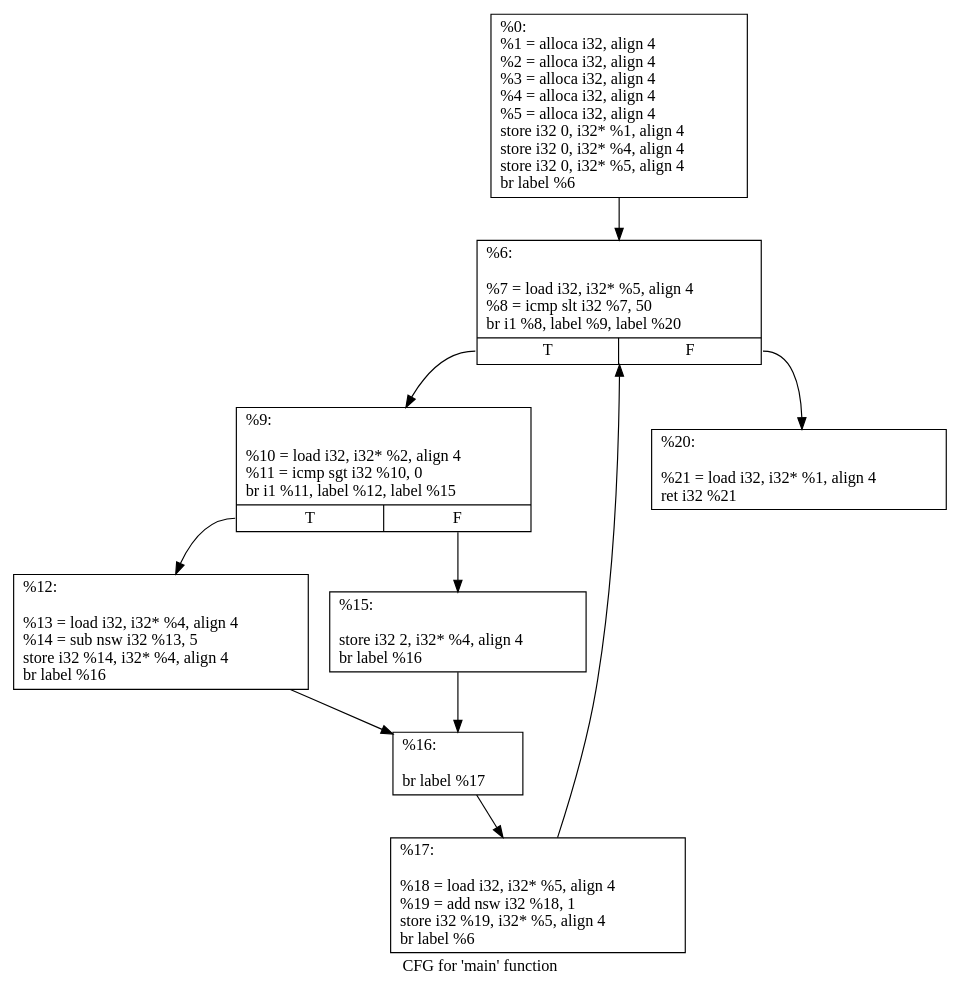
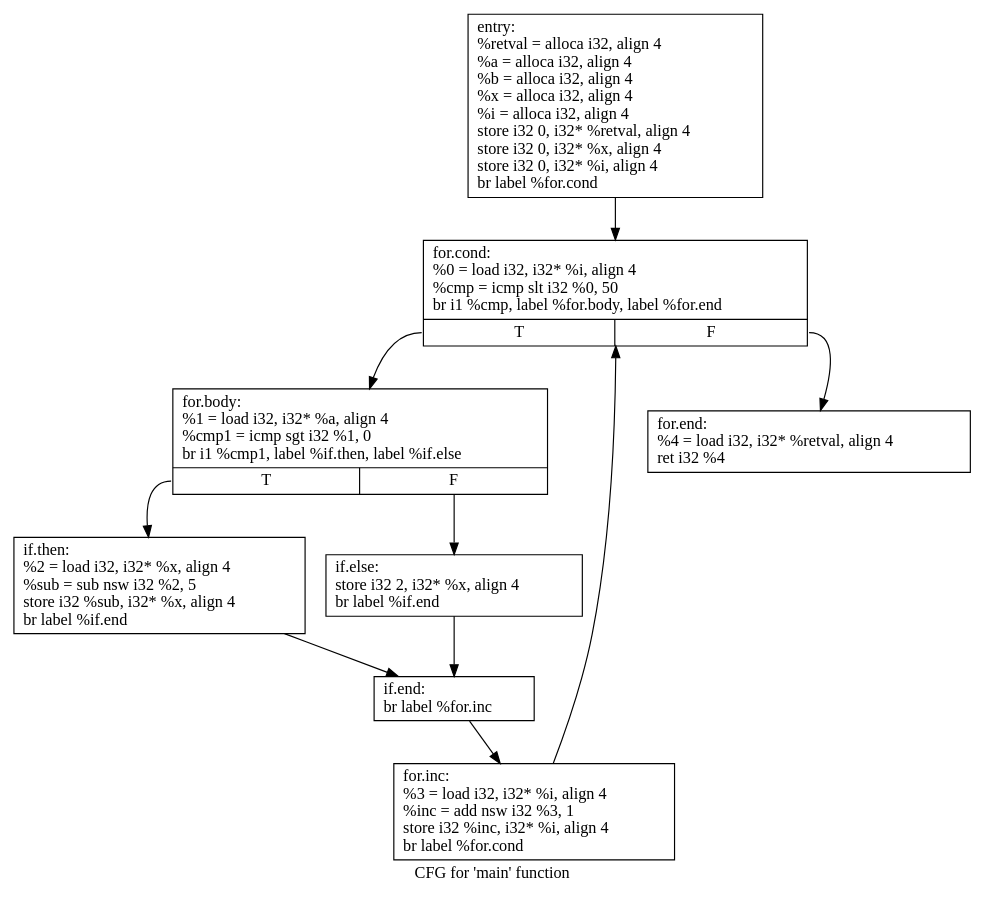
The diagram in graphs/test3.dot (hjw95/program-analysis), drawn with Graphviz before and after one commit. The commit also changed 18 other files, not shown here.

Commit message:
Add graph for assignment 2

```diff
--- a/graphs/test3.dot
+++ b/graphs/test3.dot
@@ -1,21 +1,21 @@
 digraph "CFG for 'main' function" {
 	label="CFG for 'main' function";
 
-	Node0x55f7e34db7c0 [shape=record,label="{%0:\l  %1 = alloca i32, align 4\l  %2 = alloca i32, align 4\l  %3 = alloca i32, align 4\l  %4 = alloca i32, align 4\l  %5 = alloca i32, align 4\l  store i32 0, i32* %1, align 4\l  store i32 0, i32* %4, align 4\l  store i32 0, i32* %5, align 4\l  br label %6\l}"];
-	Node0x55f7e34db7c0 -> Node0x55f7e34dc290;
-	Node0x55f7e34dc290 [shape=record,label="{%6:\l\l  %7 = load i32, i32* %5, align 4\l  %8 = icmp slt i32 %7, 50\l  br i1 %8, label %9, label %20\l|{<s0>T|<s1>F}}"];
-	Node0x55f7e34dc290:s0 -> Node0x55f7e34dc060;
-	Node0x55f7e34dc290:s1 -> Node0x55f7e34dc440;
-	Node0x55f7e34dc060 [shape=record,label="{%9:\l\l  %10 = load i32, i32* %2, align 4\l  %11 = icmp sgt i32 %10, 0\l  br i1 %11, label %12, label %15\l|{<s0>T|<s1>F}}"];
-	Node0x55f7e34dc060:s0 -> Node0x55f7e34dc5a0;
-	Node0x55f7e34dc060:s1 -> Node0x55f7e34dc5f0;
-	Node0x55f7e34dc5a0 [shape=record,label="{%12:\l\l  %13 = load i32, i32* %4, align 4\l  %14 = sub nsw i32 %13, 5\l  store i32 %14, i32* %4, align 4\l  br label %16\l}"];
-	Node0x55f7e34dc5a0 -> Node0x55f7e34dc800;
-	Node0x55f7e34dc5f0 [shape=record,label="{%15:\l\l  store i32 2, i32* %4, align 4\l  br label %16\l}"];
-	Node0x55f7e34dc5f0 -> Node0x55f7e34dc800;
-	Node0x55f7e34dc800 [shape=record,label="{%16:\l\l  br label %17\l}"];
-	Node0x55f7e34dc800 -> Node0x55f7e34dc9c0;
-	Node0x55f7e34dc9c0 [shape=record,label="{%17:\l\l  %18 = load i32, i32* %5, align 4\l  %19 = add nsw i32 %18, 1\l  store i32 %19, i32* %5, align 4\l  br label %6\l}"];
-	Node0x55f7e34dc9c0 -> Node0x55f7e34dc290;
-	Node0x55f7e34dc440 [shape=record,label="{%20:\l\l  %21 = load i32, i32* %1, align 4\l  ret i32 %21\l}"];
+	Node0x55d4a1f63850 [shape=record,label="{entry:\l  %retval = alloca i32, align 4\l  %a = alloca i32, align 4\l  %b = alloca i32, align 4\l  %x = alloca i32, align 4\l  %i = alloca i32, align 4\l  store i32 0, i32* %retval, align 4\l  store i32 0, i32* %x, align 4\l  store i32 0, i32* %i, align 4\l  br label %for.cond\l}"];
+	Node0x55d4a1f63850 -> Node0x55d4a1f643f0;
+	Node0x55d4a1f643f0 [shape=record,label="{for.cond:                                         \l  %0 = load i32, i32* %i, align 4\l  %cmp = icmp slt i32 %0, 50\l  br i1 %cmp, label %for.body, label %for.end\l|{<s0>T|<s1>F}}"];
+	Node0x55d4a1f643f0:s0 -> Node0x55d4a1f64610;
+	Node0x55d4a1f643f0:s1 -> Node0x55d4a1f646f0;
+	Node0x55d4a1f64610 [shape=record,label="{for.body:                                         \l  %1 = load i32, i32* %a, align 4\l  %cmp1 = icmp sgt i32 %1, 0\l  br i1 %cmp1, label %if.then, label %if.else\l|{<s0>T|<s1>F}}"];
+	Node0x55d4a1f64610:s0 -> Node0x55d4a1f64850;
+	Node0x55d4a1f64610:s1 -> Node0x55d4a1f64920;
+	Node0x55d4a1f64850 [shape=record,label="{if.then:                                          \l  %2 = load i32, i32* %x, align 4\l  %sub = sub nsw i32 %2, 5\l  store i32 %sub, i32* %x, align 4\l  br label %if.end\l}"];
+	Node0x55d4a1f64850 -> Node0x55d4a1f64ce0;
+	Node0x55d4a1f64920 [shape=record,label="{if.else:                                          \l  store i32 2, i32* %x, align 4\l  br label %if.end\l}"];
+	Node0x55d4a1f64920 -> Node0x55d4a1f64ce0;
+	Node0x55d4a1f64ce0 [shape=record,label="{if.end:                                           \l  br label %for.inc\l}"];
+	Node0x55d4a1f64ce0 -> Node0x55d4a1f64ec0;
+	Node0x55d4a1f64ec0 [shape=record,label="{for.inc:                                          \l  %3 = load i32, i32* %i, align 4\l  %inc = add nsw i32 %3, 1\l  store i32 %inc, i32* %i, align 4\l  br label %for.cond\l}"];
+	Node0x55d4a1f64ec0 -> Node0x55d4a1f643f0;
+	Node0x55d4a1f646f0 [shape=record,label="{for.end:                                          \l  %4 = load i32, i32* %retval, align 4\l  ret i32 %4\l}"];
 }
```
